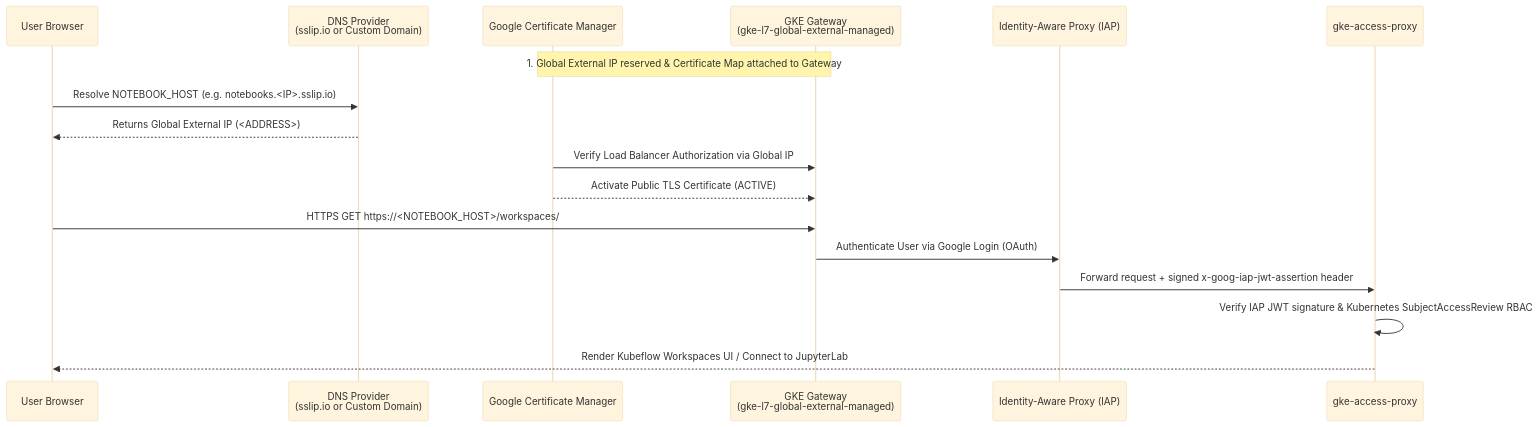
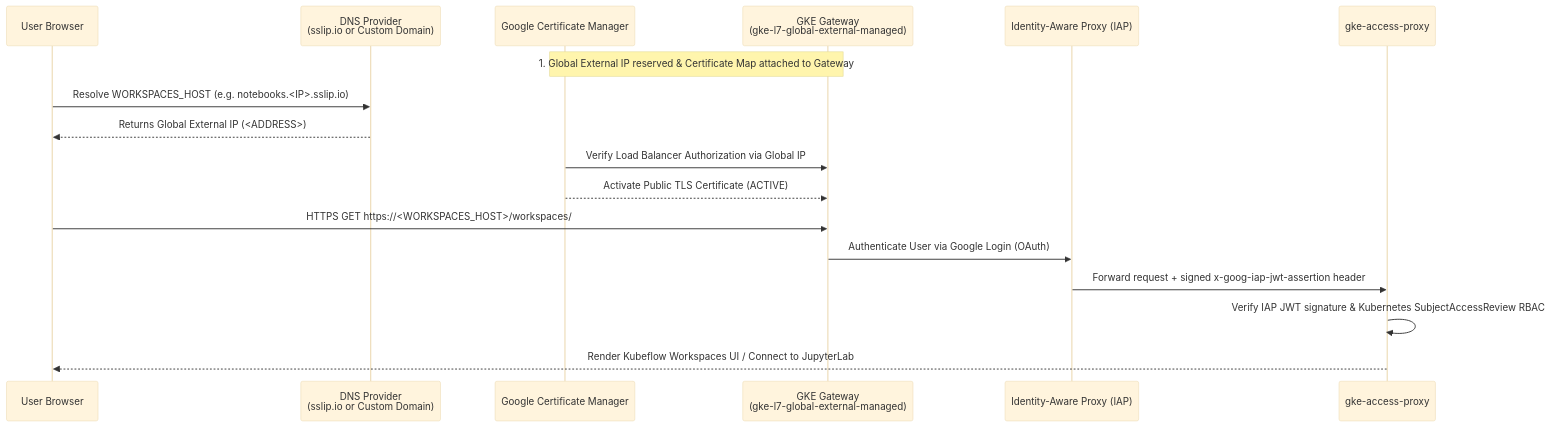
One commit to gke-labs/workspaces changed the diagram in providers/gke/USER_GUIDE.md. Above: the diagram before and after it, drawn with Mermaid (base theme). The commit also changed other lines of this file and 80 other files, not shown here.

````diff
--- a/providers/gke/USER_GUIDE.md
+++ b/providers/gke/USER_GUIDE.md
@@ -246,20 +310,20 @@
 ```mermaid
 sequenceDiagram
     participant User as User Browser
     participant DNS as DNS Provider<br/>(sslip.io or Custom Domain)
     participant CM as Google Certificate Manager
     participant GW as GKE Gateway<br/>(gke-l7-global-external-managed)
     participant IAP as Identity-Aware Proxy (IAP)
     participant Proxy as gke-access-proxy
 
     Note over GW,CM: 1. Global External IP reserved & Certificate Map attached to Gateway
-    User->>DNS: Resolve NOTEBOOK_HOST (e.g. notebooks.<IP>.sslip.io)
+    User->>DNS: Resolve WORKSPACES_HOST (e.g. notebooks.<IP>.sslip.io)
     DNS-->>User: Returns Global External IP (<ADDRESS>)
     CM->>GW: Verify Load Balancer Authorization via Global IP
     CM-->>GW: Activate Public TLS Certificate (ACTIVE)
-    User->>GW: HTTPS GET https://<NOTEBOOK_HOST>/workspaces/
+    User->>GW: HTTPS GET https://<WORKSPACES_HOST>/workspaces/
     GW->>IAP: Authenticate User via Google Login (OAuth)
     IAP->>Proxy: Forward request + signed x-goog-iap-jwt-assertion header
     Proxy->>Proxy: Verify IAP JWT signature & Kubernetes SubjectAccessReview RBAC
     Proxy-->>User: Render Kubeflow Workspaces UI / Connect to JupyterLab
 ```
````
